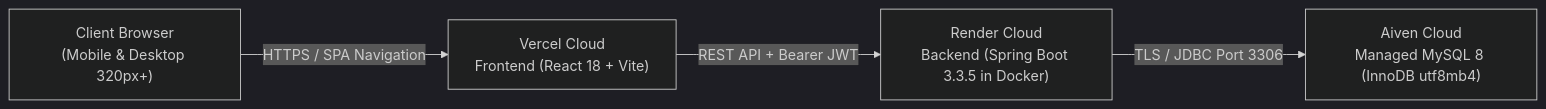
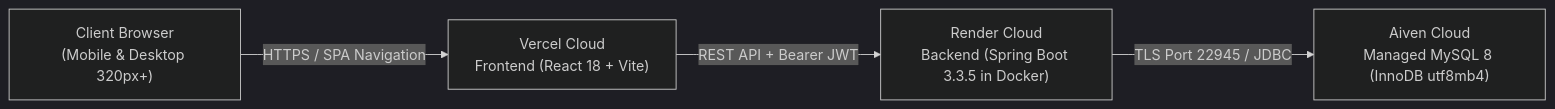
The first of 4 diagrams in README.md (Ramprasad-Prajapat/resolveit-smart-ticket-system), drawn with Mermaid (dark theme) before and after one commit. The commit also changed other lines of this file, not shown here.

````diff
--- a/README.md
+++ b/README.md
@@ -23,6 +129,6 @@
 ```mermaid
 flowchart LR
-    Browser["Client Browser\n(Mobile & Desktop 320px+)"] -->|HTTPS / SPA Navigation| Vercel["Vercel Cloud\nFrontend (React 18 + Vite)"]
+    Client["Client Browser\n(Mobile & Desktop 320px+)"] -->|HTTPS / SPA Navigation| Vercel["Vercel Cloud\nFrontend (React 18 + Vite)"]
     Vercel -->|REST API + Bearer JWT| Render["Render Cloud\nBackend (Spring Boot 3.3.5 in Docker)"]
-    Render -->|TLS / JDBC Port 3306| Aiven["Aiven Cloud\nManaged MySQL 8 (InnoDB utf8mb4)"]
+    Render -->|TLS Port 22945 / JDBC| Aiven["Aiven Cloud\nManaged MySQL 8 (InnoDB utf8mb4)"]
 ```
````
